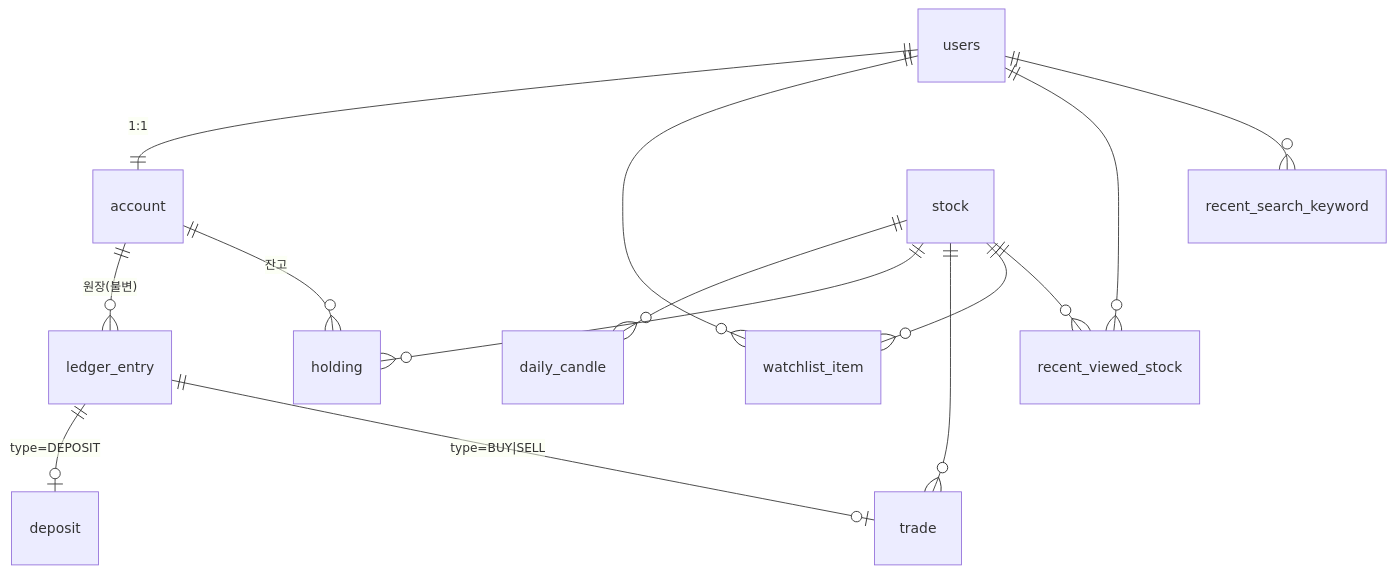
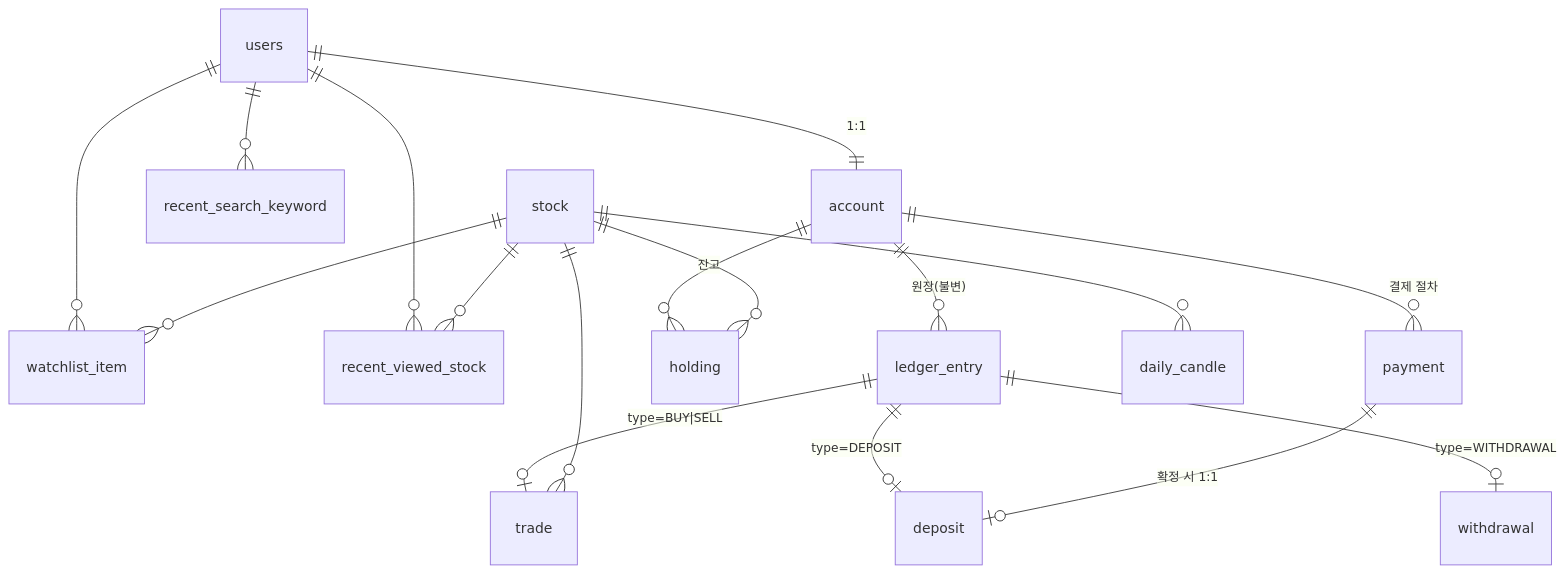
One commit to Team-FINCH/finch-docs changed the diagram in docs/erd/erd.md. Above: the diagram before and after it, drawn with Mermaid. The commit also changed other lines of this file, not shown here.

First line of the commit message:
docs: erd 에 payment·withdrawal 테이블과 원장 유형 WITHDRAWAL 추가

````diff
--- a/docs/erd/erd.md
+++ b/docs/erd/erd.md
@@ -20,19 +24,22 @@
 ```mermaid
 erDiagram
     users ||--|| account : "1:1"
     users ||--o{ watchlist_item : ""
     users ||--o{ recent_viewed_stock : ""
     users ||--o{ recent_search_keyword : ""
 
     account ||--o{ ledger_entry : "원장(불변)"
     account ||--o{ holding : "잔고"
 
+    account ||--o{ payment : "결제 절차"
     ledger_entry ||--o| deposit : "type=DEPOSIT"
+    ledger_entry ||--o| withdrawal : "type=WITHDRAWAL"
     ledger_entry ||--o| trade : "type=BUY|SELL"
+    payment ||--o| deposit : "확정 시 1:1"
 
     stock ||--o{ daily_candle : ""
     stock ||--o{ holding : ""
     stock ||--o{ trade : ""
     stock ||--o{ watchlist_item : ""
     stock ||--o{ recent_viewed_stock : ""
 ```
````
